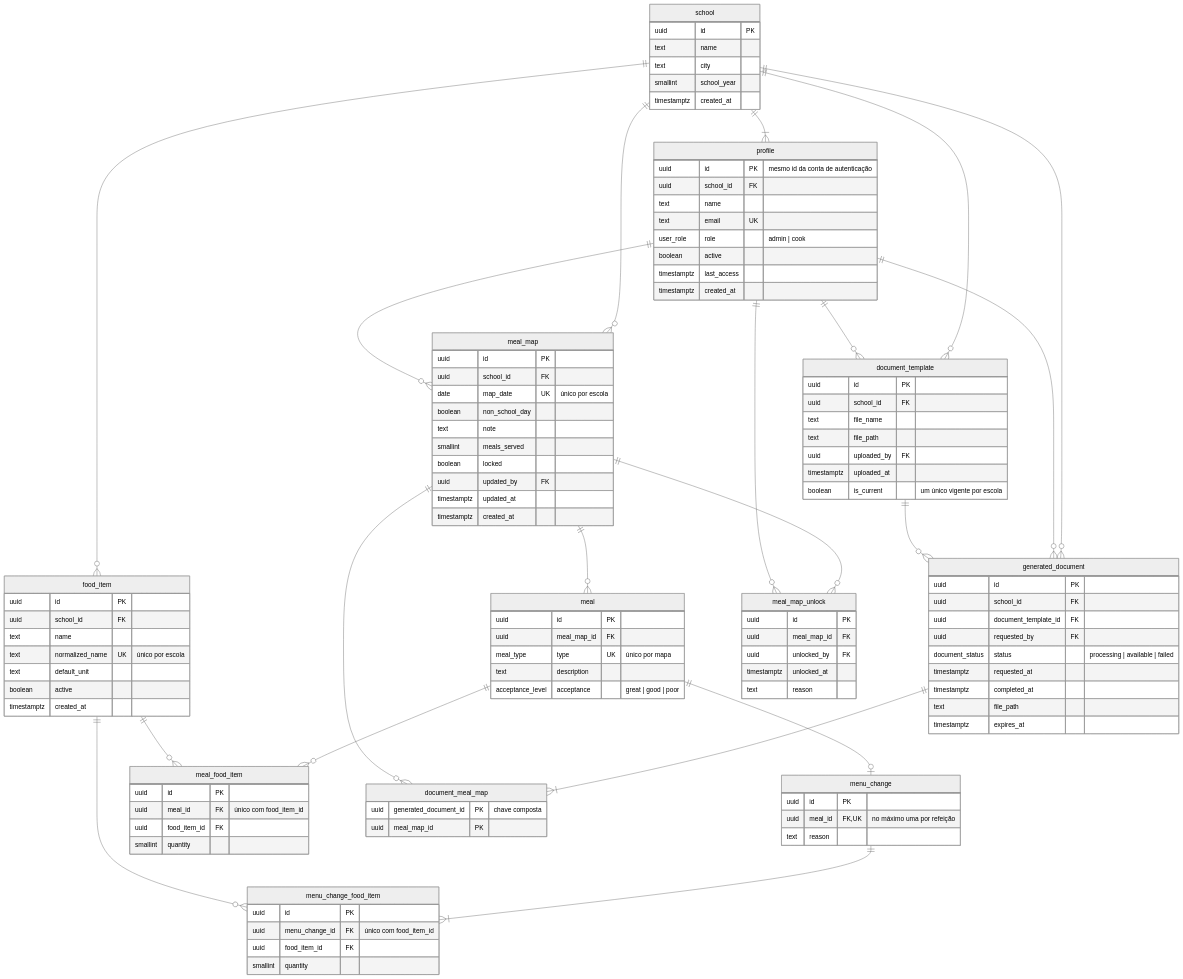
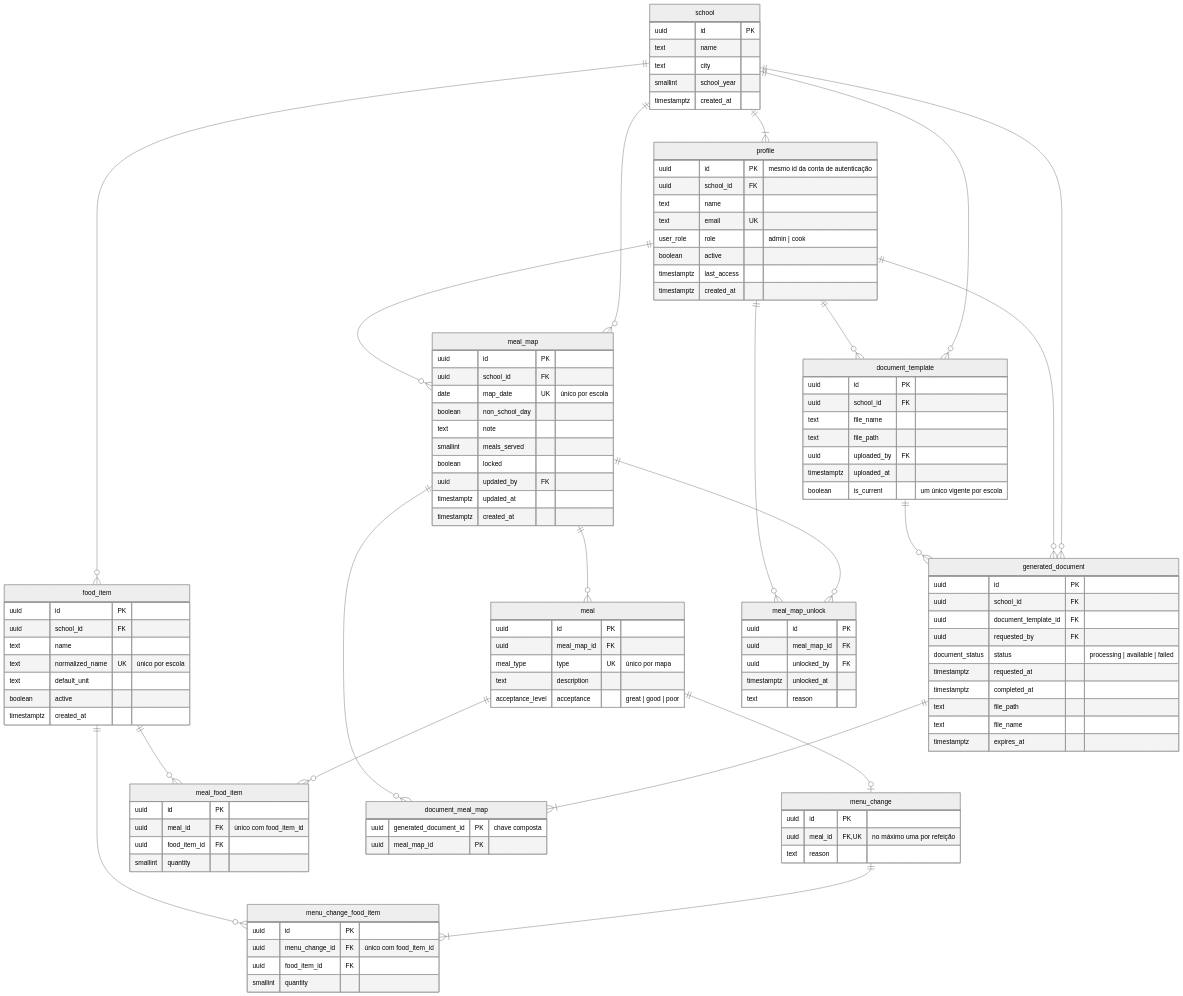
The diagram in docs/04-banco-de-dados/modelo-er.md (rds-renan/mapa-alimentacao-escolar), drawn with Mermaid (neutral theme) before and after one commit. The commit also changed other lines of this file and 25 other files, not shown here.

```diff
--- a/docs/04-banco-de-dados/modelo-er.md
+++ b/docs/04-banco-de-dados/modelo-er.md
@@ -120,6 +120,7 @@
         timestamptz requested_at
         timestamptz completed_at
         text file_path
+        text file_name
         timestamptz expires_at
     }
 
```
